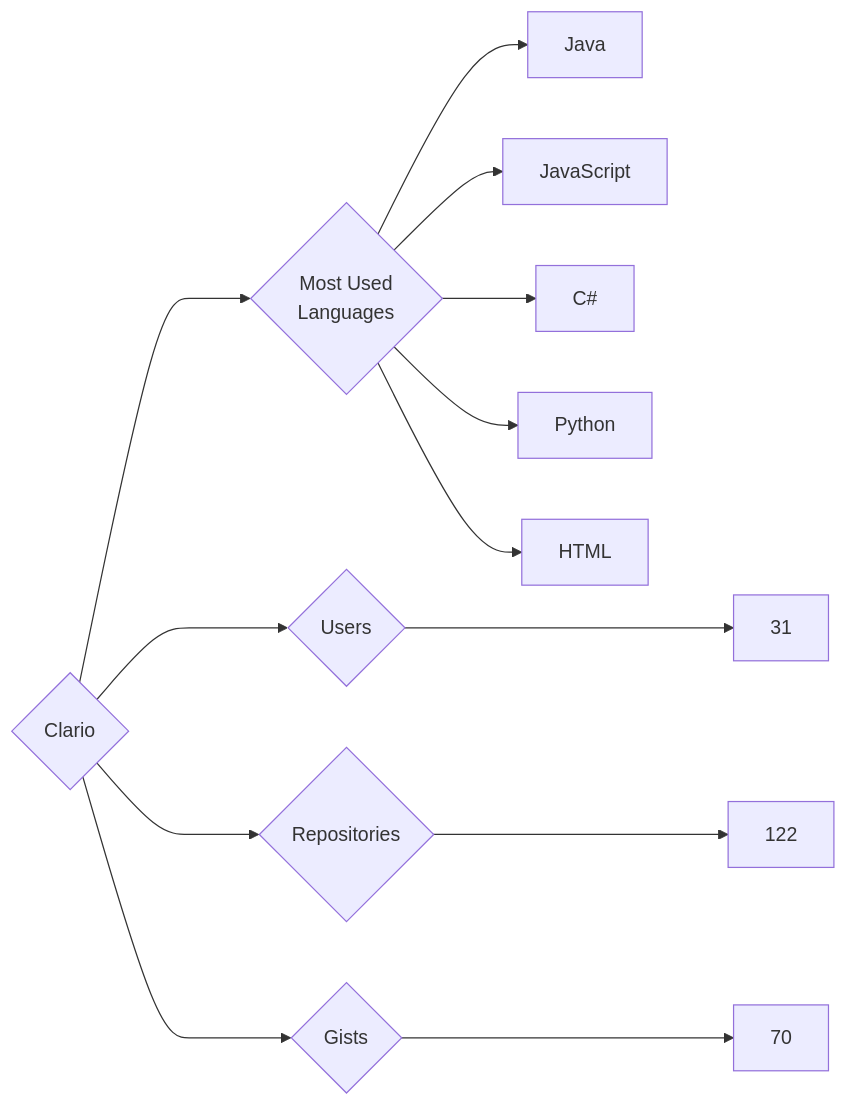
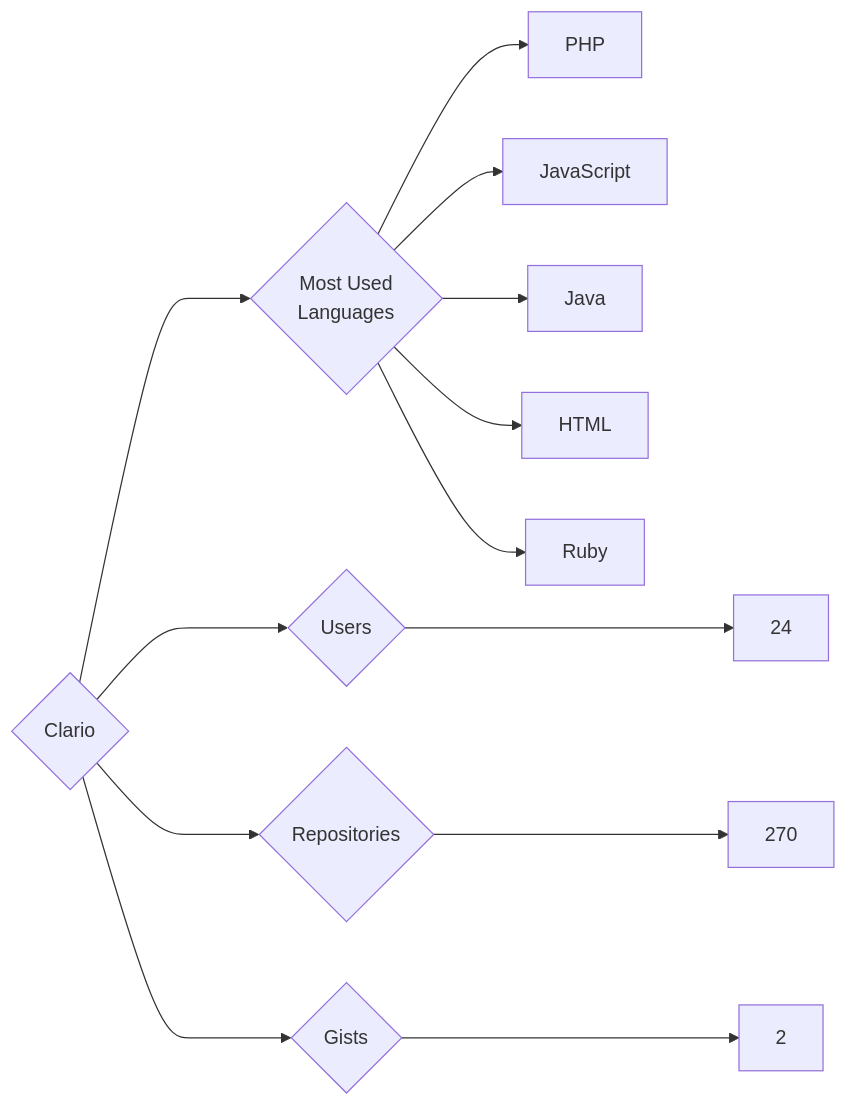
The diagram in targets/Clario/README.md (trickest/insiders), drawn with Mermaid before and after one commit. The commit also changed 786 other files, not shown here.

````diff
--- a/targets/Clario/README.md
+++ b/targets/Clario/README.md
@@ -3,13 +3,13 @@
 ```mermaid
 graph LR
 COMPANY_NAME{Clario}
-COMPANY_NAME ---> U{Users} ---> UN[31]
-COMPANY_NAME ---> R{Repositories} ---> RN[122]
-COMPANY_NAME ---> G{Gists} ---> GN[70]
+COMPANY_NAME ---> U{Users} ---> UN[24]
+COMPANY_NAME ---> R{Repositories} ---> RN[270]
+COMPANY_NAME ---> G{Gists} ---> GN[2]
 COMPANY_NAME ---> ML{Most Used<br>Languages}
+ML --> PHP[PHP]
+ML --> JavaScript[JavaScript]
 ML --> Java[Java]
-ML --> JavaScript[JavaScript]
-ML --> C#[C#]
-ML --> Python[Python]
 ML --> HTML[HTML]
+ML --> Ruby[Ruby]
 ```
````
